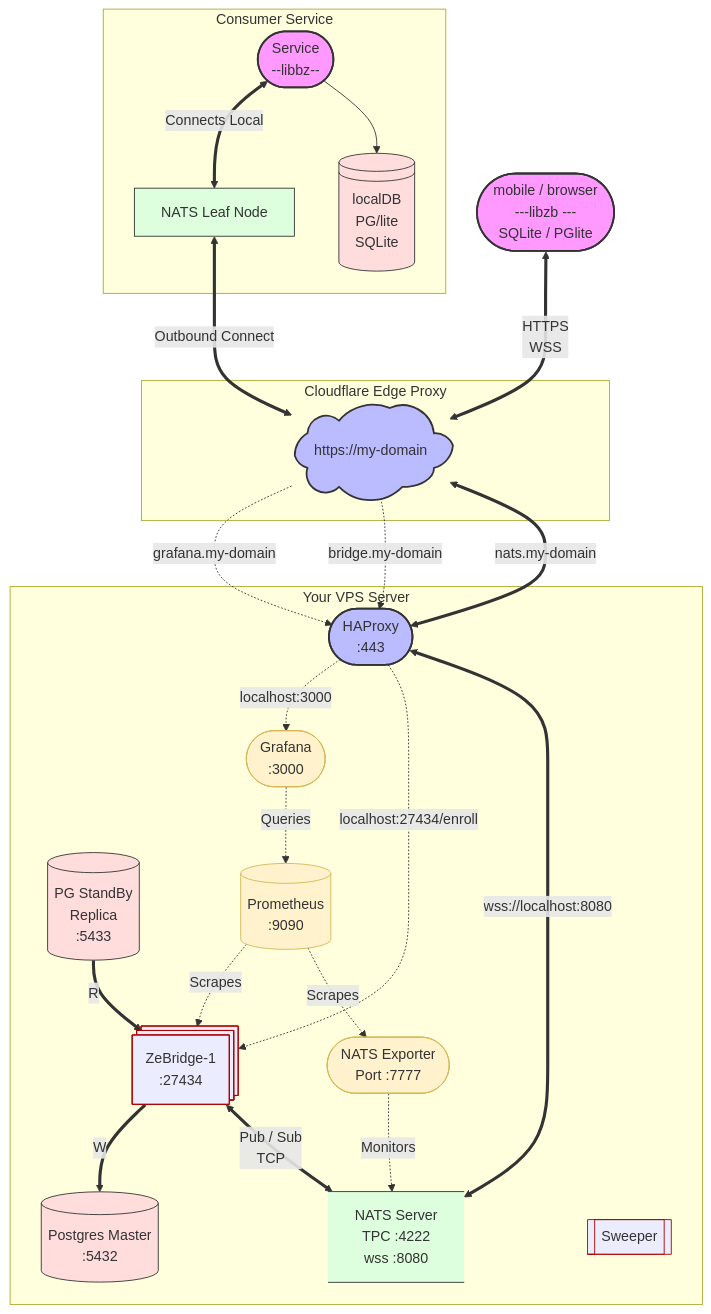
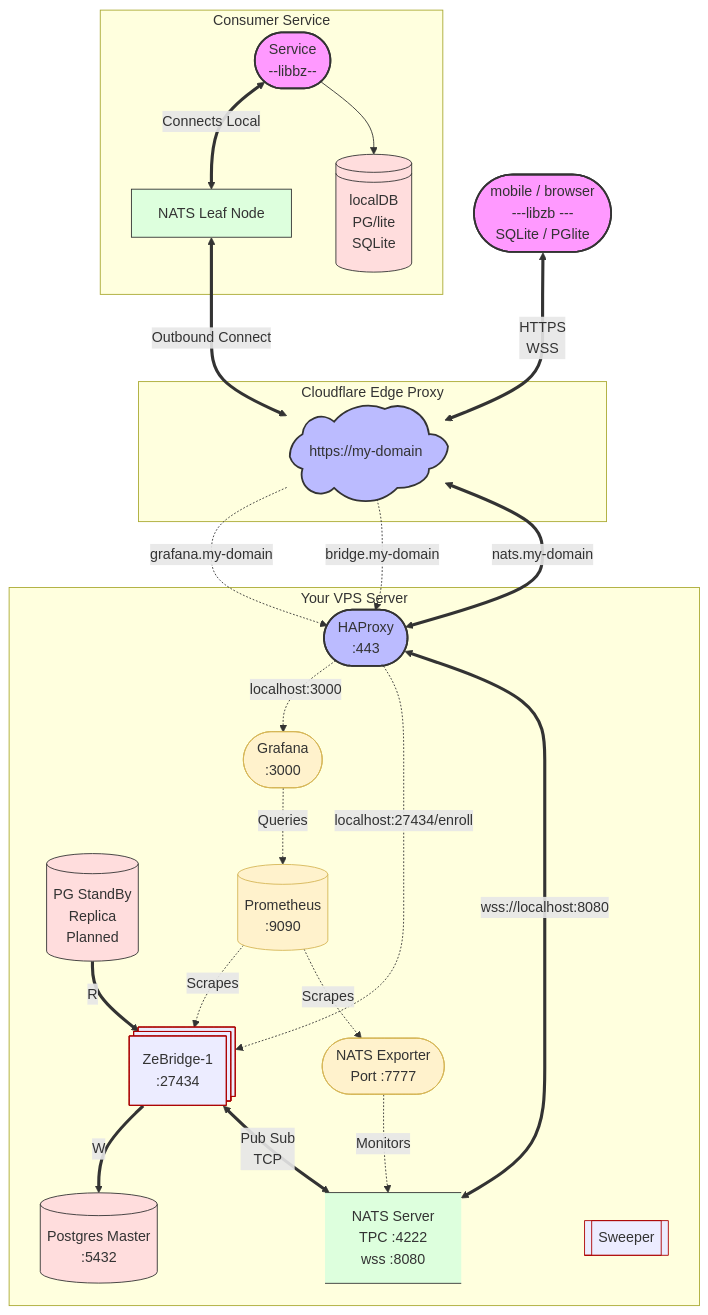
One commit to ndrean/ZeBridge changed the second of 3 diagrams in README.md. Above: the diagram before and after it, drawn with Mermaid. The commit also changed other lines of this file and 52 other files, not shown here.

````diff
--- a/README.md
+++ b/README.md
@@ -121,74 +133,74 @@
 ```mermaid
 graph TD
     %% Styling and Definitions
     classDef external fill:#f9f,stroke:#333,stroke-width:2px;
     classDef proxy fill:#bbf,stroke:#333,stroke-width:2px;
     classDef internal fill:#dfd,stroke:#333,stroke-width:1px;
     classDef secure fill:#fdd,stroke:#333,stroke-width:1px;
     classDef telemetry fill:#fff2cc,stroke:#d6b656,stroke-width:1px;
     classDef bridge fill:##bdf3ff,stroke:#ac0100,stroke-with:2px;
 
     %% External Clients
     User([mobile / browser <br> ---libzb --- <br>SQLite / PGlite]):::external
     LocalDB[(localDB <br>PG/lite<br>SQLite)]:::secure
     LocalDB@{shape: lin-cyl}
     RemoteLeaf[NATS Leaf Node]:::internal
     Consumer([Service <br> --libbz--]):::external
 
     %% Cloudflare Edge
     subgraph Cloudflare_Network  [Cloudflare Edge Proxy]
         CF([https://my-domain]):::proxy
         CF@{ shape: cloud}
     end
 
     %% VPS Boundary
     subgraph VPS [Your VPS Server]
         HA([HAProxy<br>:443]):::proxy
         
         %% Internal Apps
         Bridge[[ZeBridge-1<br> :27434]]:::bridge
         Bridge@{shape: st-rect}
         PG[(Postgres Master <br> :5432)]:::secure
-        PGREP[(PG StandBy<br>Replica<br>:5433)]:::secure
+        PGREP[(PG StandBy<br>Replica<br>Planned)]:::secure
         NATS[NATS Server<br> TPC :4222 <br> wss :8080]:::internal
         NATS@{shape: data-store}
         
         %% Telemetry & Monitoring Stack
         Grafana([Grafana <br> :3000]):::telemetry
         Prom[(Prometheus<br> :9090)]:::telemetry
         NatsExp([NATS Exporter<br>Port :7777]):::telemetry
         Sweeper[[Sweeper]]:::bridge
     end
 
     subgraph Consumer Service
       Consumer
       LocalDB
       RemoteLeaf
     end
     %% External Connections to Cloudflare
     User <==>|HTTPS <br> WSS| CF
     RemoteLeaf <==>|Outbound Connect| CF
     Consumer <==>|Connects Local| RemoteLeaf
     Consumer -->LocalDB
 
     %% Cloudflare to HAProxy Subdomain Routing
     CF -.->|grafana.my-domain| HA
     CF -.->|bridge.my-domain| HA
     CF <==>|nats.my-domain| HA
 
     %% HAProxy Internal Layer 7 Routing
     HA -.->|localhost:3000| Grafana
     HA -.->|localhost:27434/enroll| Bridge
     HA <==>|wss://localhost:8080| NATS
 
     %% Internal Component Dependencies
     Bridge ==>|W| PG
     PGREP ==>|R|Bridge
-    Bridge <==>|Pub / Sub <br> TCP| NATS
+    Bridge <==>|Pub Sub  <br> TCP| NATS
     
     %% Telemetry Data Flow
     Prom -.->|Scrapes| Bridge
     Prom -.->|Scrapes| NatsExp
     NatsExp -.->|Monitors| NATS
     Grafana -.->|Queries| Prom
 ```
````
